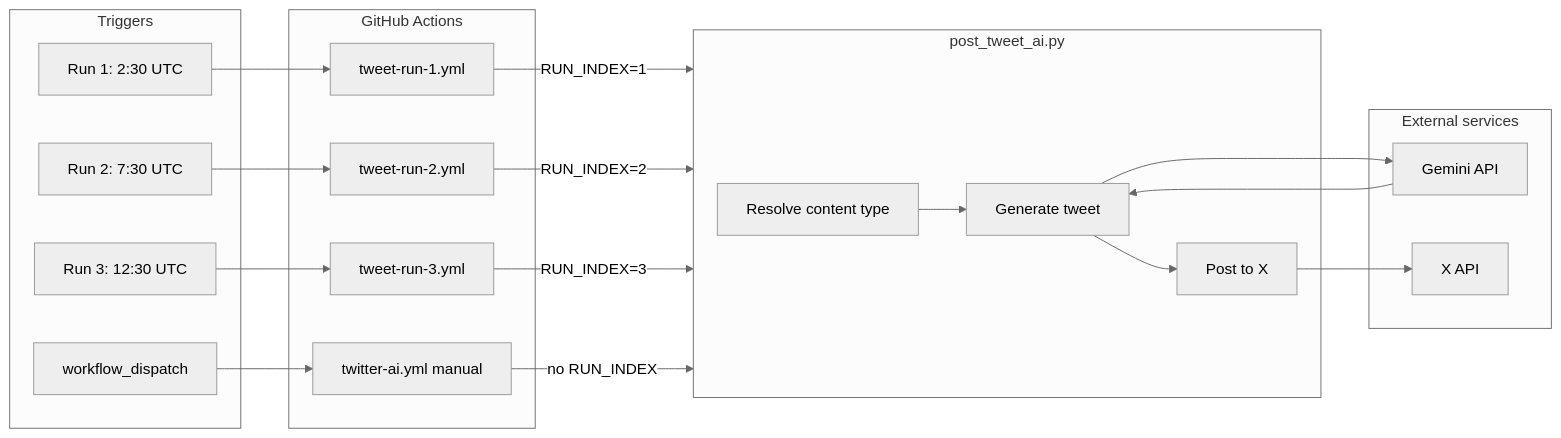
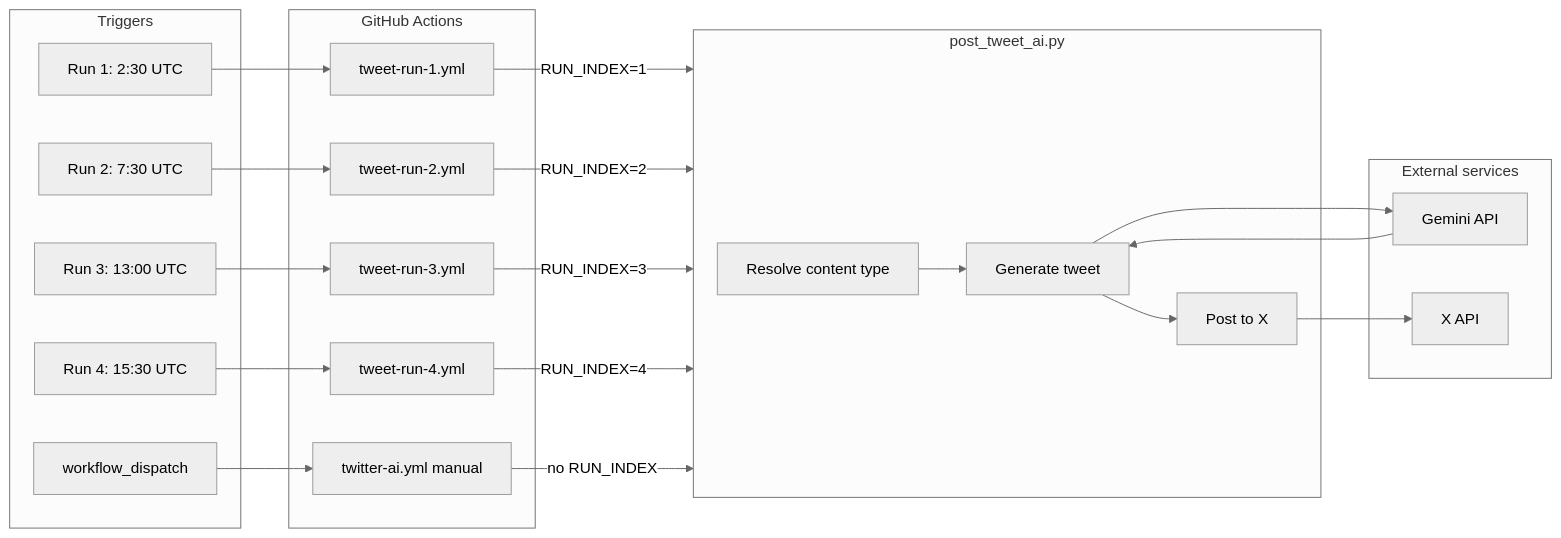
The first of 3 diagrams in ARCHITECTURE.md (vikash232/twitter-automation), drawn with Mermaid (neutral theme) before and after one commit. The commit also changed other lines of this file and 3 other files, not shown here.

First line of the commit message:
5M playbook: 4th tweet at 9 PM IST, CEO strategy doc, RUN_INDEX=4

````diff
--- a/ARCHITECTURE.md
+++ b/ARCHITECTURE.md
@@ -5,43 +5,47 @@
 ```mermaid
 flowchart LR
     subgraph triggers [Triggers]
         Cron1[Run 1: 2:30 UTC]
         Cron2[Run 2: 7:30 UTC]
-        Cron3[Run 3: 12:30 UTC]
+        Cron3[Run 3: 13:00 UTC]
+        Cron4[Run 4: 15:30 UTC]
         Manual[workflow_dispatch]
     end
 
     subgraph gh [GitHub Actions]
         W1[tweet-run-1.yml]
         W2[tweet-run-2.yml]
         W3[tweet-run-3.yml]
+        W4[tweet-run-4.yml]
         W0[twitter-ai.yml manual]
     end
 
     subgraph script [post_tweet_ai.py]
         Resolve[Resolve content type]
         Gen[Generate tweet]
         Post[Post to X]
     end
 
     subgraph external [External services]
         Gemini[Gemini API]
         XAPI[X API]
     end
 
     Cron1 --> W1
     Cron2 --> W2
     Cron3 --> W3
+    Cron4 --> W4
     Manual --> W0
 
     W1 -->|RUN_INDEX=1| script
     W2 -->|RUN_INDEX=2| script
     W3 -->|RUN_INDEX=3| script
+    W4 -->|RUN_INDEX=4| script
     W0 -->|no RUN_INDEX| script
 
     Resolve --> Gen
     Gen --> Gemini
     Gemini --> Gen
     Gen --> Post
     Post --> XAPI
 ```
````
